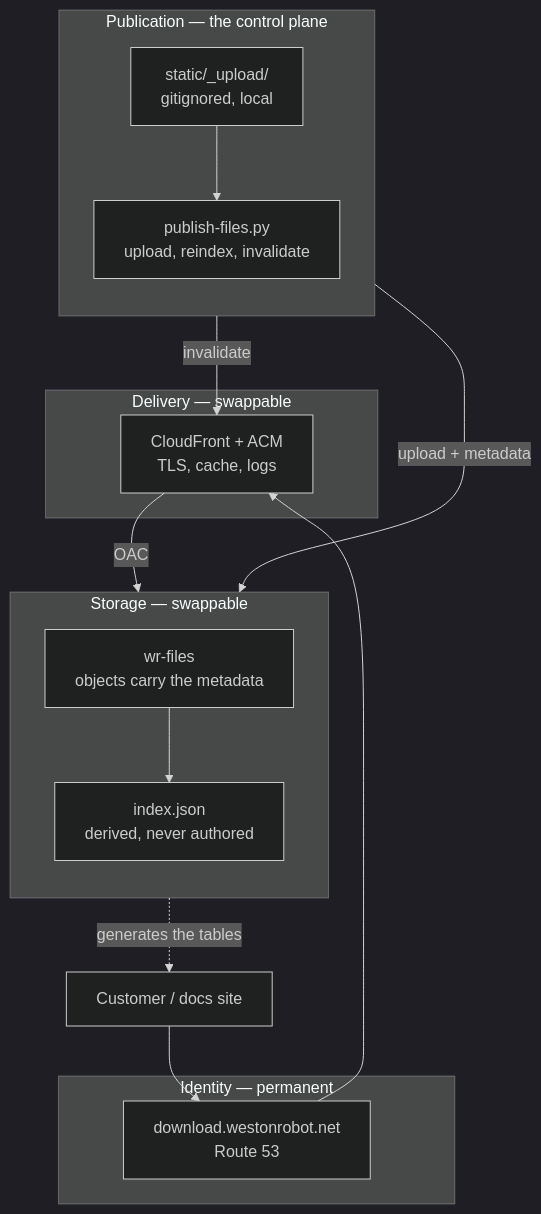
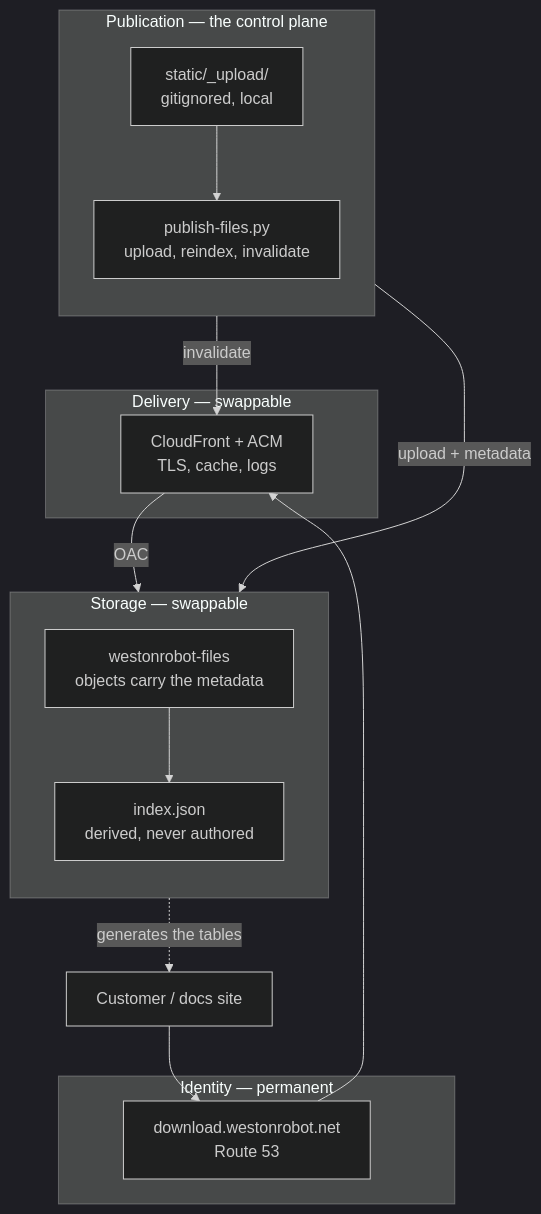
Before and after one commit to westonrobot/docs: the diagram in docs/design/file-hosting.md, drawn with Mermaid (dark theme). The commit also changed other lines of this file and 7 other files, not shown here.

````diff
--- a/docs/design/file-hosting.md
+++ b/docs/design/file-hosting.md
@@ -23,22 +23,22 @@
 ```mermaid
 flowchart TB
   C[Customer / docs site]
   subgraph IDENT[Identity — permanent]
     DNS["download.westonrobot.net<br/>Route 53"]
   end
   subgraph DELIV[Delivery — swappable]
     CF["CloudFront + ACM<br/>TLS, cache, logs"]
   end
   subgraph STORE[Storage — swappable]
     direction TB
-    S3["wr-files<br/>objects carry the metadata"] --> IDX["index.json<br/>derived, never authored"]
+    S3["westonrobot-files<br/>objects carry the metadata"] --> IDX["index.json<br/>derived, never authored"]
   end
   subgraph PUB[Publication — the control plane]
     direction TB
     UP["static/_upload/<br/>gitignored, local"] --> SC["publish-files.py<br/>upload, reindex, invalidate"]
   end
   C --> DNS --> CF -->|OAC| S3
   SC -->|upload + metadata| S3
   SC -->|invalidate| CF
   IDX -.->|generates the tables| C
 ```
````
